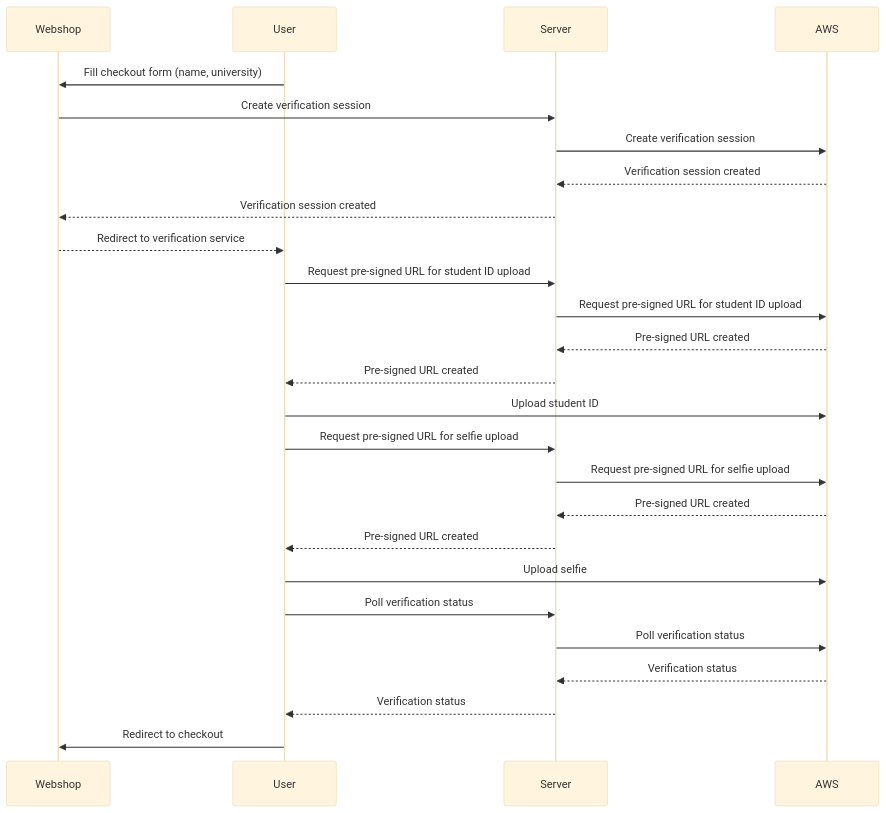
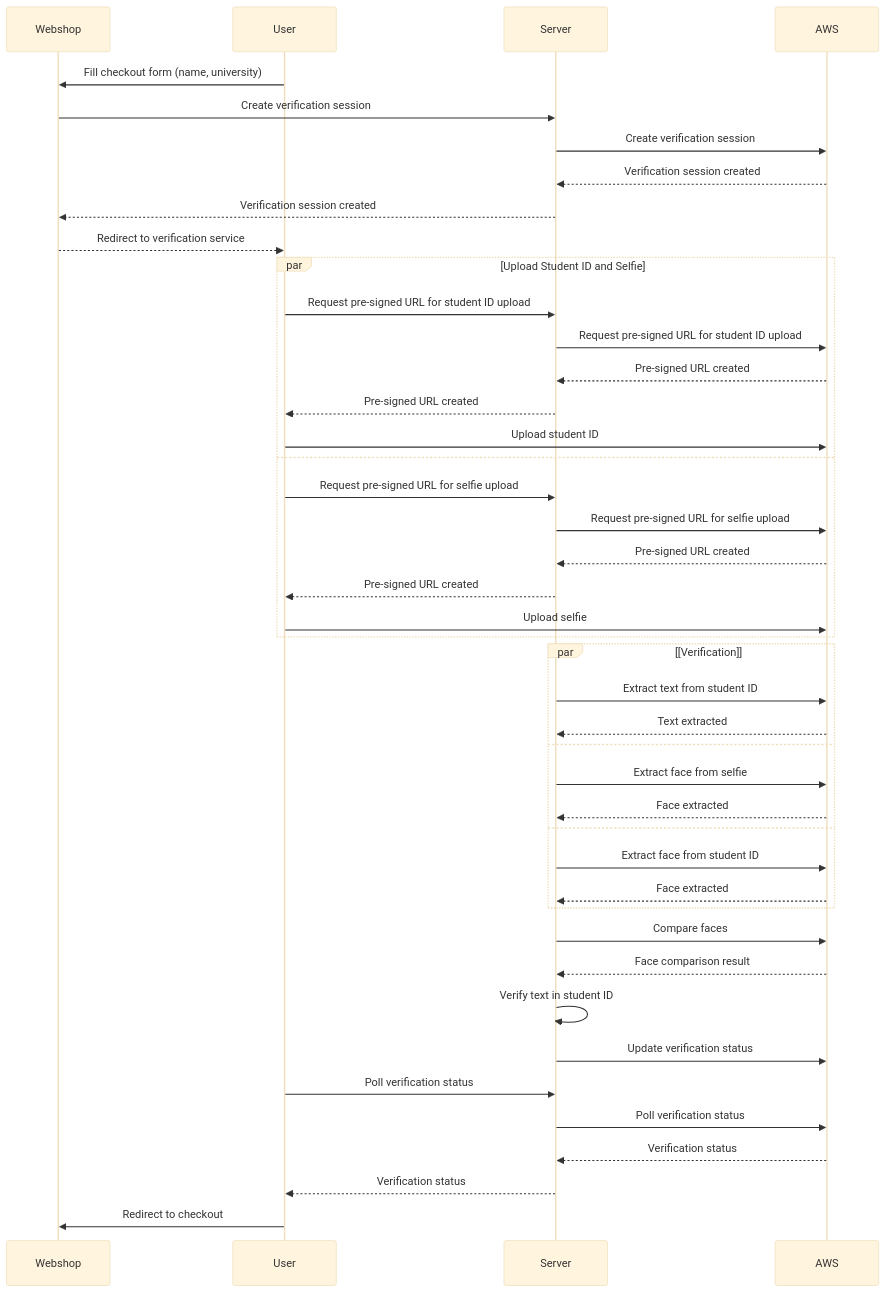
The diagram in docs/API.md (pierre-jezegou/kys), drawn with Mermaid (base theme) before and after one commit. The commit also changed other lines of this file, not shown here.

Commit message:
Elaborate sequence diagram

````diff
--- a/docs/API.md
+++ b/docs/API.md
@@ -32,29 +13,53 @@
 ```mermaid
 sequenceDiagram
     participant Webshop
     participant User
     participant Server
     participant AWS
 
     User->>Webshop: Fill checkout form (name, university)
     Webshop->>Server: Create verification session
     Server->>AWS: Create verification session
     AWS-->>Server: Verification session created
     Server-->>Webshop: Verification session created
     Webshop-->>User: Redirect to verification service
-    User->>Server: Request pre-signed URL for student ID upload
-    Server->>AWS: Request pre-signed URL for student ID upload
-    AWS-->>Server: Pre-signed URL created
-    Server-->>User: Pre-signed URL created
-    User->>AWS: Upload student ID
-    User->>Server: Request pre-signed URL for selfie upload
-    Server->>AWS: Request pre-signed URL for selfie upload
-    AWS-->>Server: Pre-signed URL created
-    Server-->>User: Pre-signed URL created
-    User->>AWS: Upload selfie
+
+    par Upload Student ID and Selfie
+        User->>Server: Request pre-signed URL for student ID upload
+        Server->>AWS: Request pre-signed URL for student ID upload
+        AWS-->>Server: Pre-signed URL created
+        Server-->>User: Pre-signed URL created
+        User->>AWS: Upload student ID
+    and
+        User->>Server: Request pre-signed URL for selfie upload
+        Server->>AWS: Request pre-signed URL for selfie upload
+        AWS-->>Server: Pre-signed URL created
+        Server-->>User: Pre-signed URL created
+        User->>AWS: Upload selfie
+    end
+    
+    par [Verification]
+        Server->>AWS: Extract text from student ID
+        AWS-->>Server: Text extracted
+    and 
+        Server->>AWS: Extract face from selfie
+        AWS-->>Server: Face extracted
+    and 
+        Server->>AWS: Extract face from student ID
+        AWS-->>Server: Face extracted
+    end
+
+    Server->>AWS: Compare faces
+    AWS-->>Server: Face comparison result
+    
+    Server->>Server: Verify text in student ID
+    Server->>AWS: Update verification status
+
     User->>Server: Poll verification status
     Server->>AWS: Poll verification status
     AWS-->>Server: Verification status
     Server-->>User: Verification status
     User->>Webshop: Redirect to checkout
+
+
 ```
````
